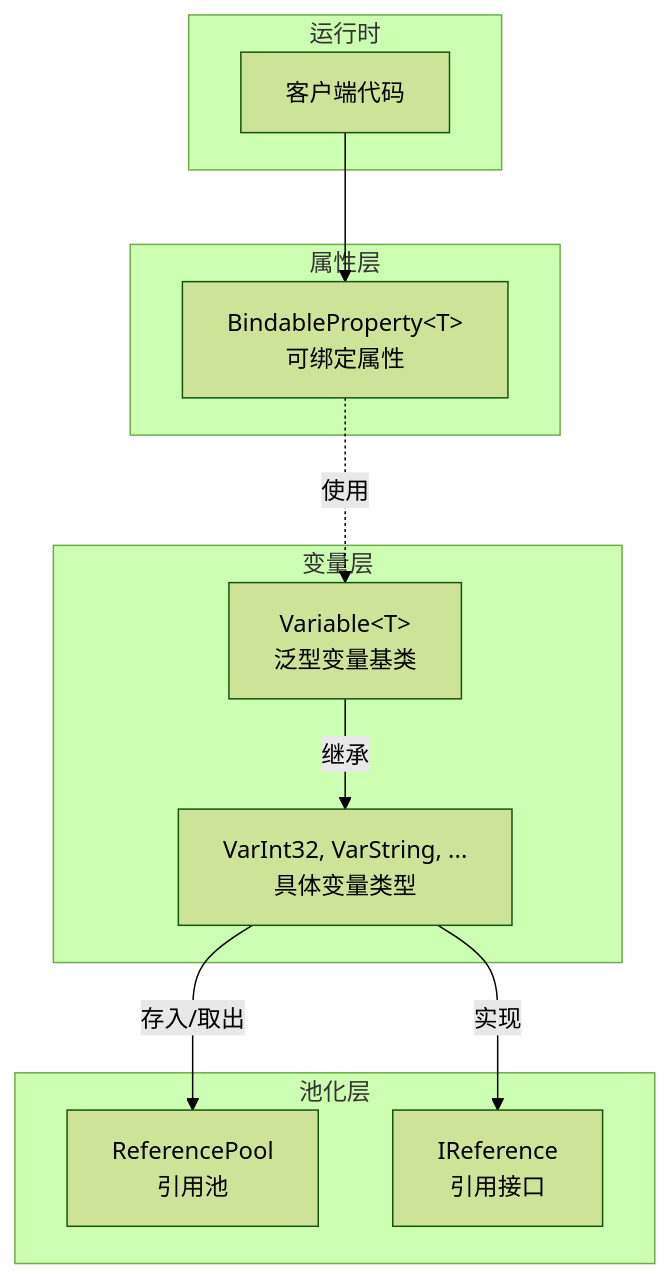
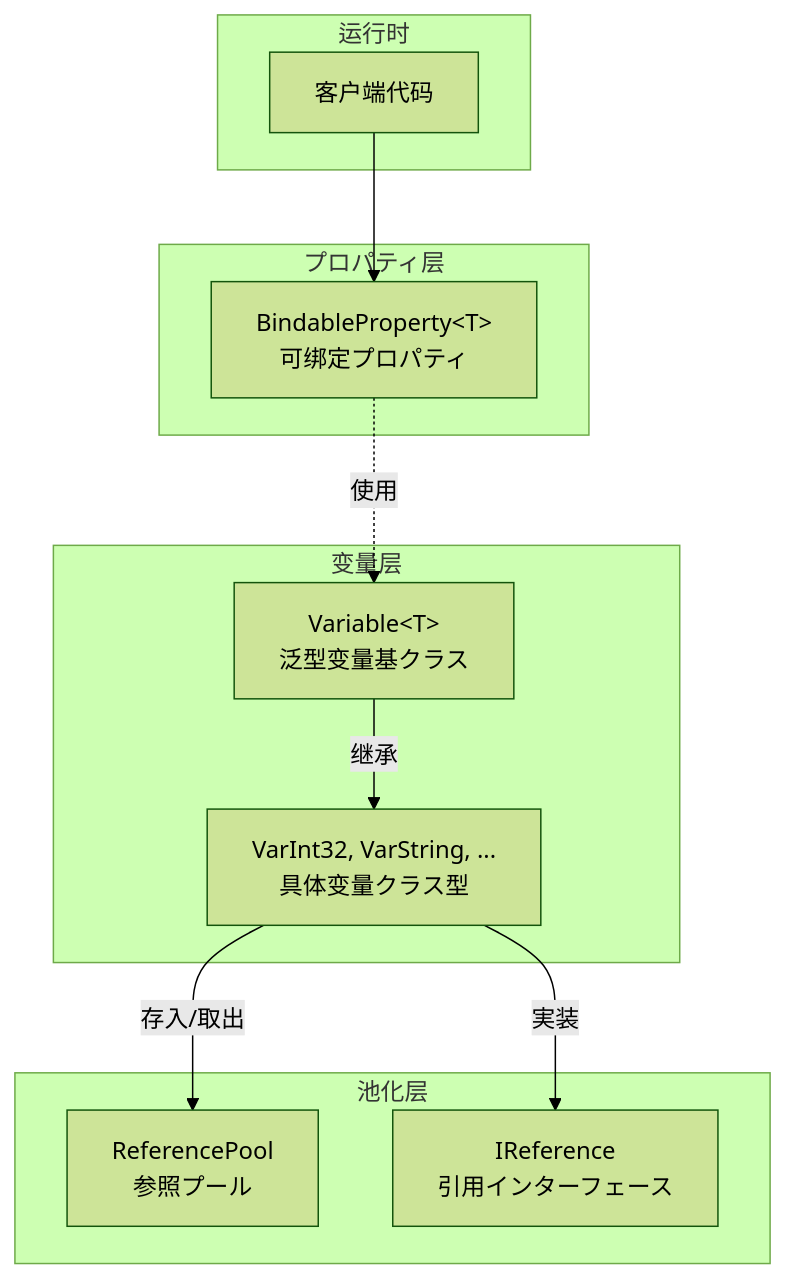
Before and after one commit to AlianBlank/GameFrameX.Docs: the first of 5 diagrams in docs/ja/client/unity/component/core/10.property-system.md, drawn with Mermaid (forest theme). The commit also changed other lines of this file and 603 other files, not shown here.

````diff
--- a/docs/ja/client/unity/component/core/10.property-system.md
+++ b/docs/ja/client/unity/component/core/10.property-system.md
@@ -22,26 +22,26 @@
 ```mermaid
 graph TD
-    subgraph PropertyLayer["属性层"]
-        BP[BindableProperty&lt;T&gt;<br/>可绑定属性]
+    subgraph PropertyLayer["プロパティ层"]
+        BP[BindableProperty&lt;T&gt;<br/>可绑定プロパティ]
     end
 
     subgraph VariableLayer["变量层"]
-        VarBase[Variable&lt;T&gt;<br/>泛型变量基类]
-        VarConcrete[VarInt32, VarString, ...<br/>具体变量类型]
+        VarBase[Variable&lt;T&gt;<br/>泛型变量基クラス]
+        VarConcrete[VarInt32, VarString, ...<br/>具体变量クラス型]
     end
 
     subgraph PoolLayer["池化层"]
-        RP[ReferencePool<br/>引用池]
-        IRef[IReference<br/>引用接口]
+        RP[ReferencePool<br/>参照プール]
+        IRef[IReference<br/>引用インターフェース]
     end
 
     subgraph RuntimeLayer["运行时"]
         Client[客户端代码]
     end
 
     Client --> BP
     BP -.->|使用| VarBase
     VarBase -->|继承| VarConcrete
-    VarConcrete -->|实现| IRef
+    VarConcrete -->|実装| IRef
     VarConcrete -->|存入/取出| RP
 ```
````
